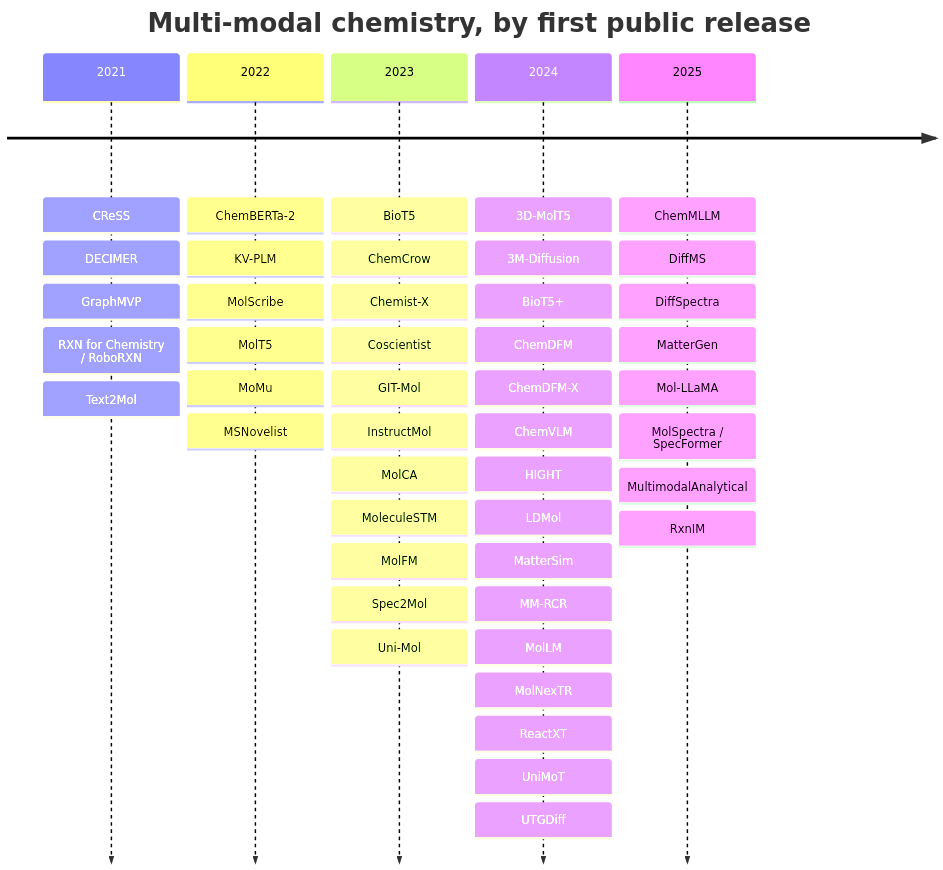
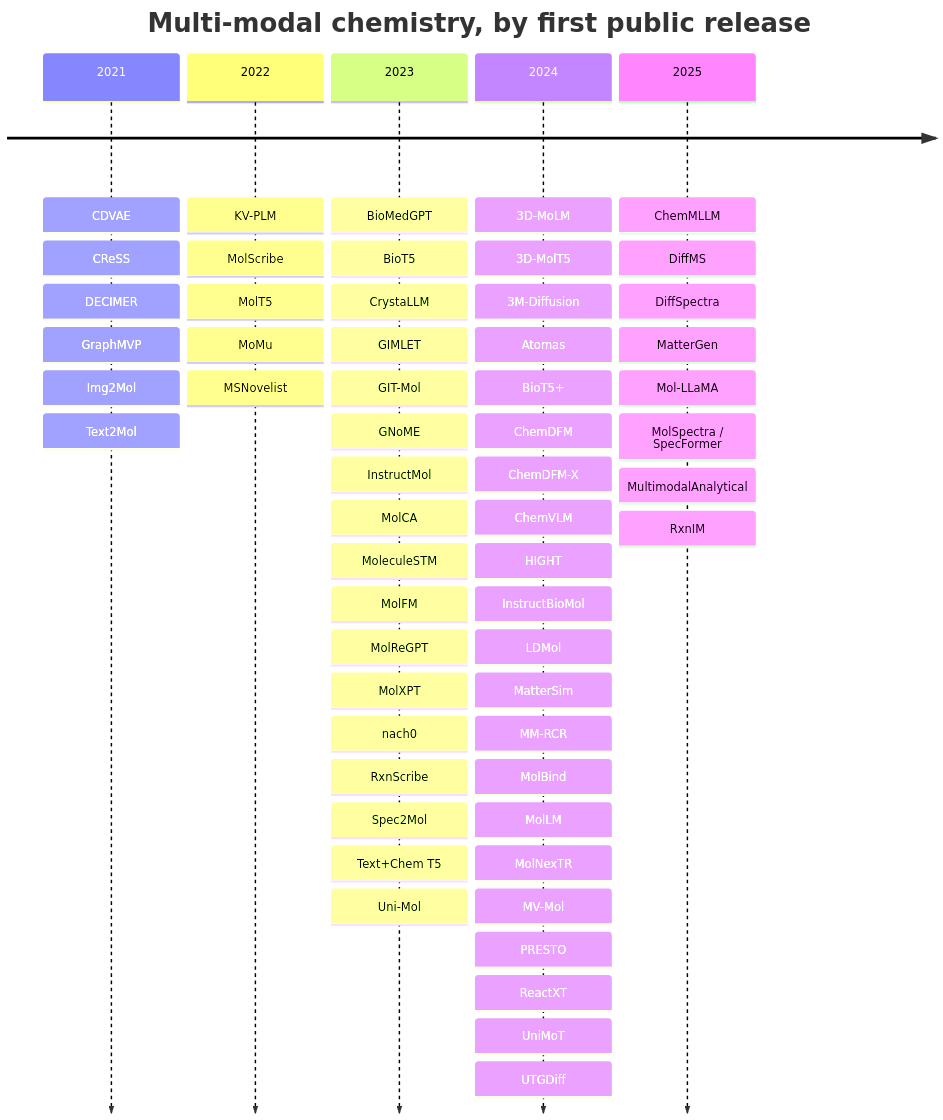
The third of 3 diagrams in README.md (AxelRolov/awesome-multimodal-chemistry), drawn with Mermaid before and after one commit. The commit also changed other lines of this file and 7 other files, not shown here.

````diff
--- a/README.md
+++ b/README.md
@@ -273,49 +379,61 @@
 ```mermaid
 timeline
     title Multi-modal chemistry, by first public release
-    2021 : CReSS
+    2021 : CDVAE
+         : CReSS
          : DECIMER
          : GraphMVP
-         : RXN for Chemistry / RoboRXN
+         : Img2Mol
          : Text2Mol
-    2022 : ChemBERTa-2
-         : KV-PLM
+    2022 : KV-PLM
          : MolScribe
          : MolT5
          : MoMu
          : MSNovelist
-    2023 : BioT5
-         : ChemCrow
-         : Chemist-X
-         : Coscientist
+    2023 : BioMedGPT
+         : BioT5
+         : CrystaLLM
+         : GIMLET
          : GIT-Mol
+         : GNoME
          : InstructMol
          : MolCA
          : MoleculeSTM
          : MolFM
+         : MolReGPT
+         : MolXPT
+         : nach0
+         : RxnScribe
          : Spec2Mol
+         : Text+Chem T5
          : Uni-Mol
-    2024 : 3D-MolT5
+    2024 : 3D-MoLM
+         : 3D-MolT5
          : 3M-Diffusion
+         : Atomas
          : BioT5+
          : ChemDFM
          : ChemDFM-X
          : ChemVLM
          : HIGHT
+         : InstructBioMol
          : LDMol
          : MatterSim
          : MM-RCR
+         : MolBind
          : MolLM
          : MolNexTR
+         : MV-Mol
+         : PRESTO
          : ReactXT
          : UniMoT
          : UTGDiff
     2025 : ChemMLLM
          : DiffMS
          : DiffSpectra
          : MatterGen
          : Mol-LLaMA
          : MolSpectra / SpecFormer
          : MultimodalAnalytical
          : RxnIM
 ```
````
